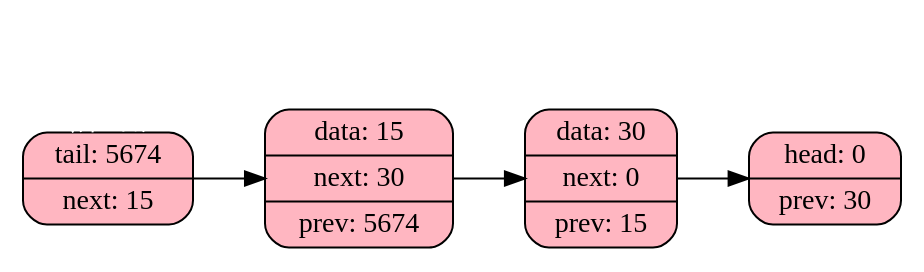
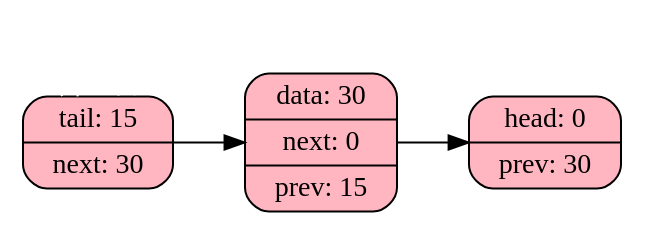
The diagram in list.dot (SashaOiya/Hash-MIPT-2024), drawn with Graphviz before and after one commit. The commit also changed 3 other files, not shown here.

```diff
--- a/list.dot
+++ b/list.dot
@@ -1,12 +1,10 @@
 digraph G { 
 rankdir = LR;
 node [shape = record];
- "00C41620" -> "00C41620" -> "00C41620" -> "00C41620" [arrowsize = 0.0, weight = 10000, color = "#FFFFFF"];
- "00C41620" [shape = Mrecord, style = filled, fillcolor = lightpink  label = "tail: 5674 | next: 15"];
-  "00C41608" [shape = Mrecord, style = filled, fillcolor = lightpink  label = "data: 15 | next: 30 | prev: 5674"];
-  "00C41638" [shape = Mrecord, style = filled, fillcolor = lightpink  label = "data: 30 | next: 0 | prev: 15"];
-  "00C41650" [shape = Mrecord, style = filled, fillcolor = lightpink  label = "head: 0 | prev: 30"];
- "00C41620" -> "00C41608";
-"00C41608" -> "00C41638";
-"00C41638" -> "00C41650";
+ "001F1608" -> "001F1608" -> "001F1608" [arrowsize = 0.0, weight = 10000, color = "#FFFFFF"];
+ "001F1608" [shape = Mrecord, style = filled, fillcolor = lightpink  label = "tail: 15 | next: 30"];
+  "001F1638" [shape = Mrecord, style = filled, fillcolor = lightpink  label = "data: 30 | next: 0 | prev: 15"];
+  "001F1650" [shape = Mrecord, style = filled, fillcolor = lightpink  label = "head: 0 | prev: 30"];
+ "001F1608" -> "001F1638";
+"001F1638" -> "001F1650";
 }
```
